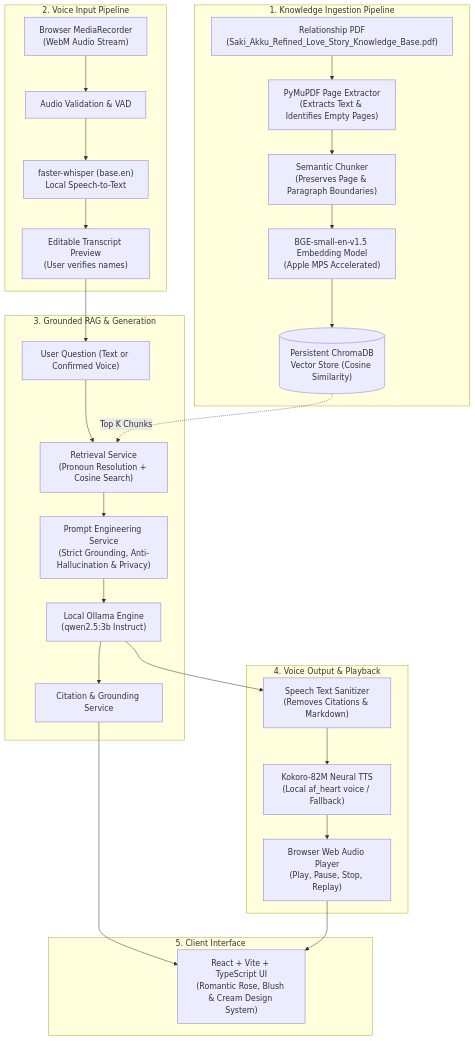
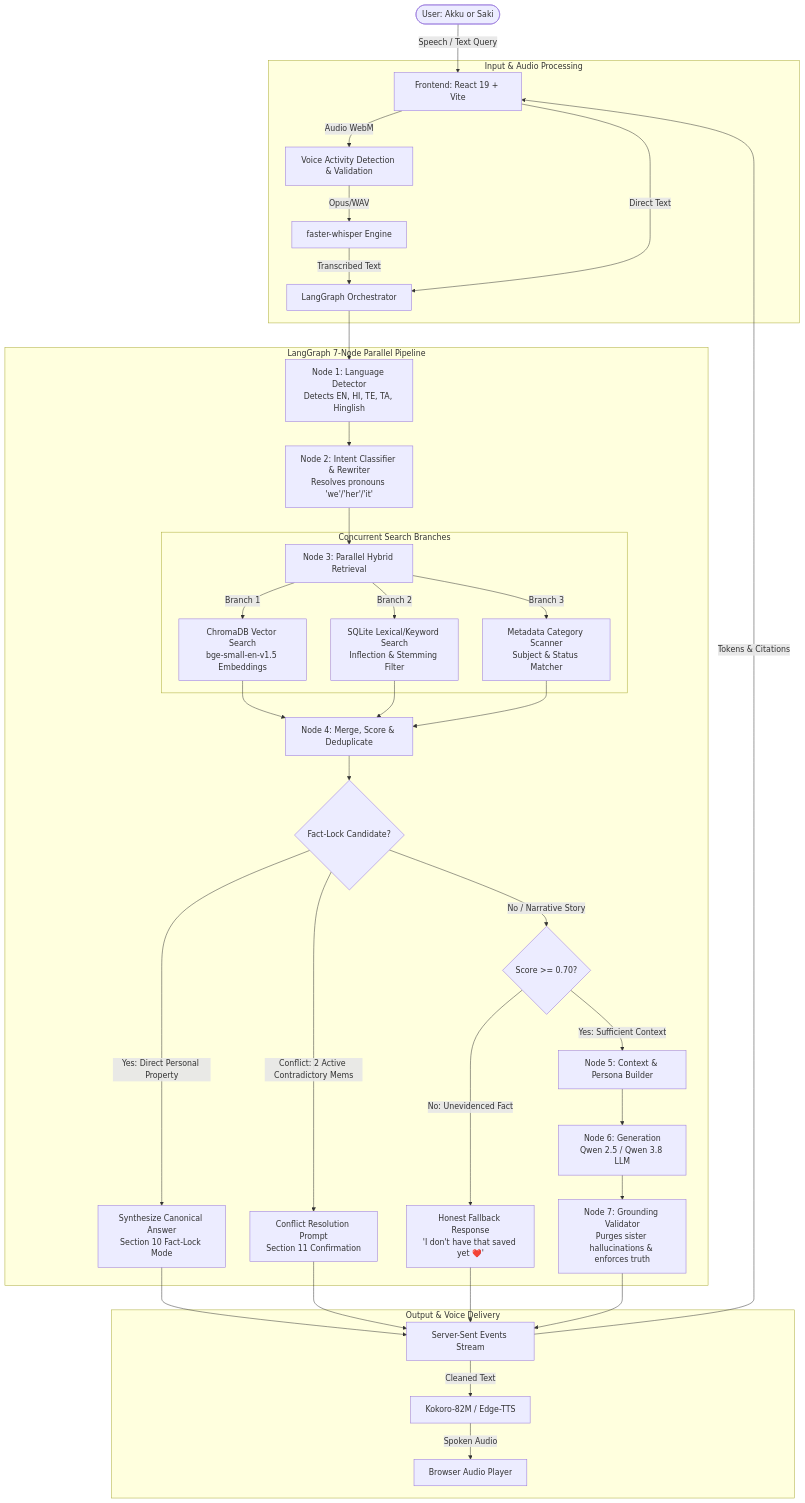
The diagram in README.md (pvsairamsaketh-netizen/akkubdaygift), drawn with Mermaid before and after one commit. The commit also changed other lines of this file and 9 other files, not shown here.

Commit message:
feat: enforce strict grounding and fact-lock mode, fix memory edit/delete glitches, add comprehensive tests and README

````diff
--- a/README.md
+++ b/README.md
@@ -24,50 +23,47 @@
 ```mermaid
 graph TD
-    subgraph KNOWLEDGE_BASE ["1. Knowledge Ingestion Pipeline"]
-        PDF["Relationship PDF<br/>(Saki_Akku_Refined_Love_Story_Knowledge_Base.pdf)"]
-        EXTRACT["PyMuPDF Page Extractor<br/>(Extracts Text & Identifies Empty Pages)"]
-        CHUNKER["Semantic Chunker<br/>(Preserves Page & Paragraph Boundaries)"]
-        EMBED["BGE-small-en-v1.5 Embedding Model<br/>(Apple MPS Accelerated)"]
-        CHROMA[("Persistent ChromaDB<br/>Vector Store (Cosine Similarity)")]
-        
-        PDF --> EXTRACT --> CHUNKER --> EMBED --> CHROMA
+    User([User: Akku or Saki]) -->|Speech / Text Query| Gateway[Frontend: React 19 + Vite]
+    
+    subgraph INPUT_STAGE ["Input & Audio Processing"]
+        Gateway -->|Audio WebM| VAD[Voice Activity Detection & Validation]
+        VAD -->|Opus/WAV| ASR[faster-whisper Engine]
+        ASR -->|Transcribed Text| Router[LangGraph Orchestrator]
+        Gateway -->|Direct Text| Router
     end
 
-    subgraph VOICE_IN ["2. Voice Input Pipeline"]
-        MIC["Browser MediaRecorder<br/>(WebM Audio Stream)"]
-        VAD["Audio Validation & VAD"]
-        WHISPER["faster-whisper (base.en)<br/>Local Speech-to-Text"]
-        PREVIEW["Editable Transcript Preview<br/>(User verifies names)"]
+    subgraph LANGGRAPH_PIPELINE ["LangGraph 7-Node Parallel Pipeline"]
+        Router --> Node1[Node 1: Language Detector<br/>Detects EN, HI, TE, TA, Hinglish]
+        Node1 --> Node2[Node 2: Intent Classifier & Rewriter<br/>Resolves pronouns 'we'/'her'/'it']
         
-        MIC --> VAD --> WHISPER --> PREVIEW
+        Node2 --> Node3[Node 3: Parallel Hybrid Retrieval]
+        subgraph RETRIEVAL_BRANCHES ["Concurrent Search Branches"]
+            Node3 -->|Branch 1| VecSearch[ChromaDB Vector Search<br/>bge-small-en-v1.5 Embeddings]
+            Node3 -->|Branch 2| KwSearch[SQLite Lexical/Keyword Search<br/>Inflection & Stemming Filter]
+            Node3 -->|Branch 3| MetaSearch[Metadata Category Scanner<br/>Subject & Status Matcher]
+        end
+        
+        VecSearch & KwSearch & MetaSearch --> Node4[Node 4: Merge, Score & Deduplicate]
+        
+        Node4 --> FactLockCheck{Fact-Lock Candidate?}
+        FactLockCheck -->|Yes: Direct Personal Property| FactLock[Synthesize Canonical Answer<br/>Section 10 Fact-Lock Mode]
+        FactLockCheck -->|Conflict: 2 Active Contradictory Mems| ConflictMode[Conflict Resolution Prompt<br/>Section 11 Confirmation]
+        FactLockCheck -->|No / Narrative Story| ThresholdCheck{Score >= 0.70?}
+        
+        ThresholdCheck -->|No: Unevidenced Fact| HonestFallback[Honest Fallback Response<br/>'I don't have that saved yet ❤️']
+        ThresholdCheck -->|Yes: Sufficient Context| Node5[Node 5: Context & Persona Builder]
+        
+        Node5 --> Node6[Node 6: Generation<br/>Qwen 2.5 / Qwen 3.8 LLM]
+        Node6 --> Node7[Node 7: Grounding Validator<br/>Purges sister hallucinations & enforces truth]
     end
 
-    subgraph RAG_CORE ["3. Grounded RAG & Generation"]
-        USER_Q["User Question (Text or Confirmed Voice)"]
-        RETRIEVAL["Retrieval Service<br/>(Pronoun Resolution + Cosine Search)"]
-        PROMPT["Prompt Engineering Service<br/>(Strict Grounding, Anti-Hallucination & Privacy)"]
-        OLLAMA["Local Ollama Engine<br/>(qwen2.5:3b Instruct)"]
-        CITATIONS["Citation & Grounding Service"]
+    subgraph OUTPUT_STAGE ["Output & Voice Delivery"]
+        FactLock --> SSE[Server-Sent Events Stream]
+        ConflictMode --> SSE
+        HonestFallback --> SSE
+        Node7 --> SSE
         
-        PREVIEW --> USER_Q
-        USER_Q --> RETRIEVAL
-        CHROMA -.->|Top K Chunks| RETRIEVAL
-        RETRIEVAL --> PROMPT
-        PROMPT --> OLLAMA
-        OLLAMA --> CITATIONS
-    end
-
-    subgraph VOICE_OUT ["4. Voice Output & Playback"]
-        SANITIZER["Speech Text Sanitizer<br/>(Removes Citations & Markdown)"]
-        TTS["Kokoro-82M Neural TTS<br/>(Local af_heart voice / Fallback)"]
-        AUDIO_PLAY["Browser Web Audio Player<br/>(Play, Pause, Stop, Replay)"]
-        
-        OLLAMA --> SANITIZER --> TTS --> AUDIO_PLAY
-    end
-
-    subgraph UI ["5. Client Interface"]
-        REACT["React + Vite + TypeScript UI<br/>(Romantic Rose, Blush & Cream Design System)"]
-        CITATIONS --> REACT
-        AUDIO_PLAY --> REACT
+        SSE -->|Tokens & Citations| Gateway
+        SSE -->|Cleaned Text| TTS[Kokoro-82M / Edge-TTS]
+        TTS -->|Spoken Audio| AudioPlayer[Browser Audio Player]
     end
 ```
````
